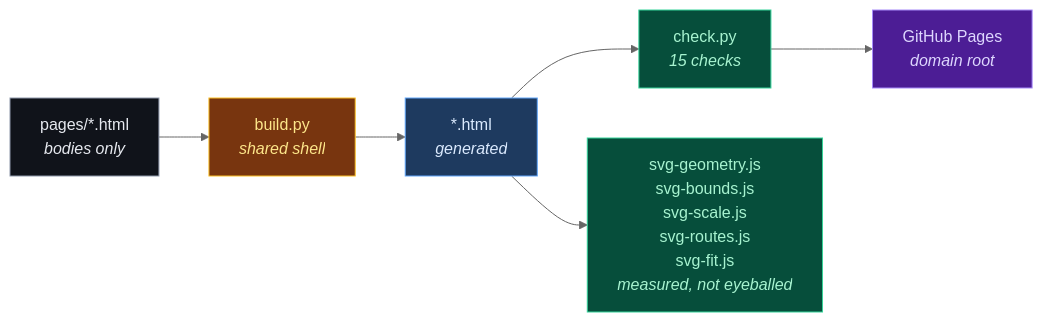
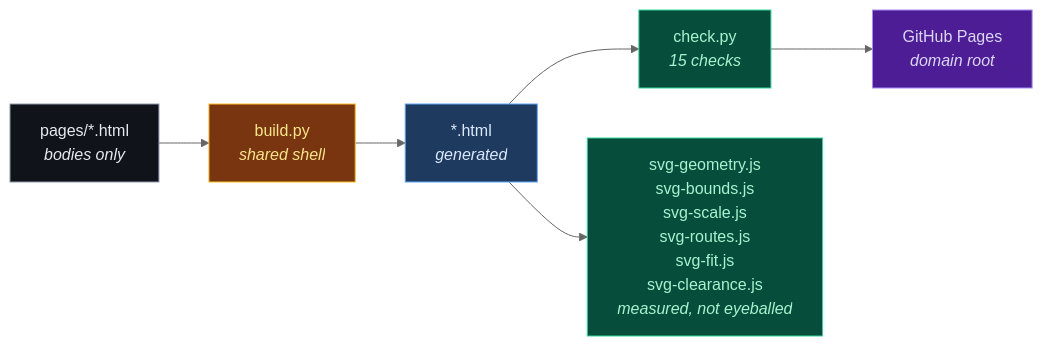
One commit to doublegate-io/doublegate-io.github.io changed the diagram in README.md. Above: the diagram before and after it, drawn with Mermaid (neutral theme). The commit also changed other lines of this file and 5 other files, not shown here.

````diff
--- a/README.md
+++ b/README.md
@@ -32,15 +34,15 @@
 ```mermaid
 flowchart LR
   P["pages/*.html<br/><i>bodies only</i>"] --> B["build.py<br/><i>shared shell</i>"]
   B --> O["*.html<br/><i>generated</i>"]
   O --> C["check.py<br/><i>15 checks</i>"]
-  O --> G["svg-geometry.js<br/>svg-bounds.js<br/>svg-scale.js<br/>svg-routes.js<br/>svg-fit.js<br/><i>measured, not eyeballed</i>"]
+  O --> G["svg-geometry.js<br/>svg-bounds.js<br/>svg-scale.js<br/>svg-routes.js<br/>svg-fit.js<br/>svg-clearance.js<br/><i>measured, not eyeballed</i>"]
   C --> D["GitHub Pages<br/><i>domain root</i>"]
 
   style P fill:#10131a,stroke:#8d97a9,color:#e6e9ef
   style B fill:#78350f,stroke:#fbbf24,color:#fde68a
   style O fill:#1e3a5f,stroke:#60a5fa,color:#dbeafe
   style C fill:#064e3b,stroke:#34d399,color:#a7f3d0
   style G fill:#064e3b,stroke:#34d399,color:#a7f3d0
   style D fill:#4c1d95,stroke:#a78bfa,color:#ddd6fe
 ```
````
